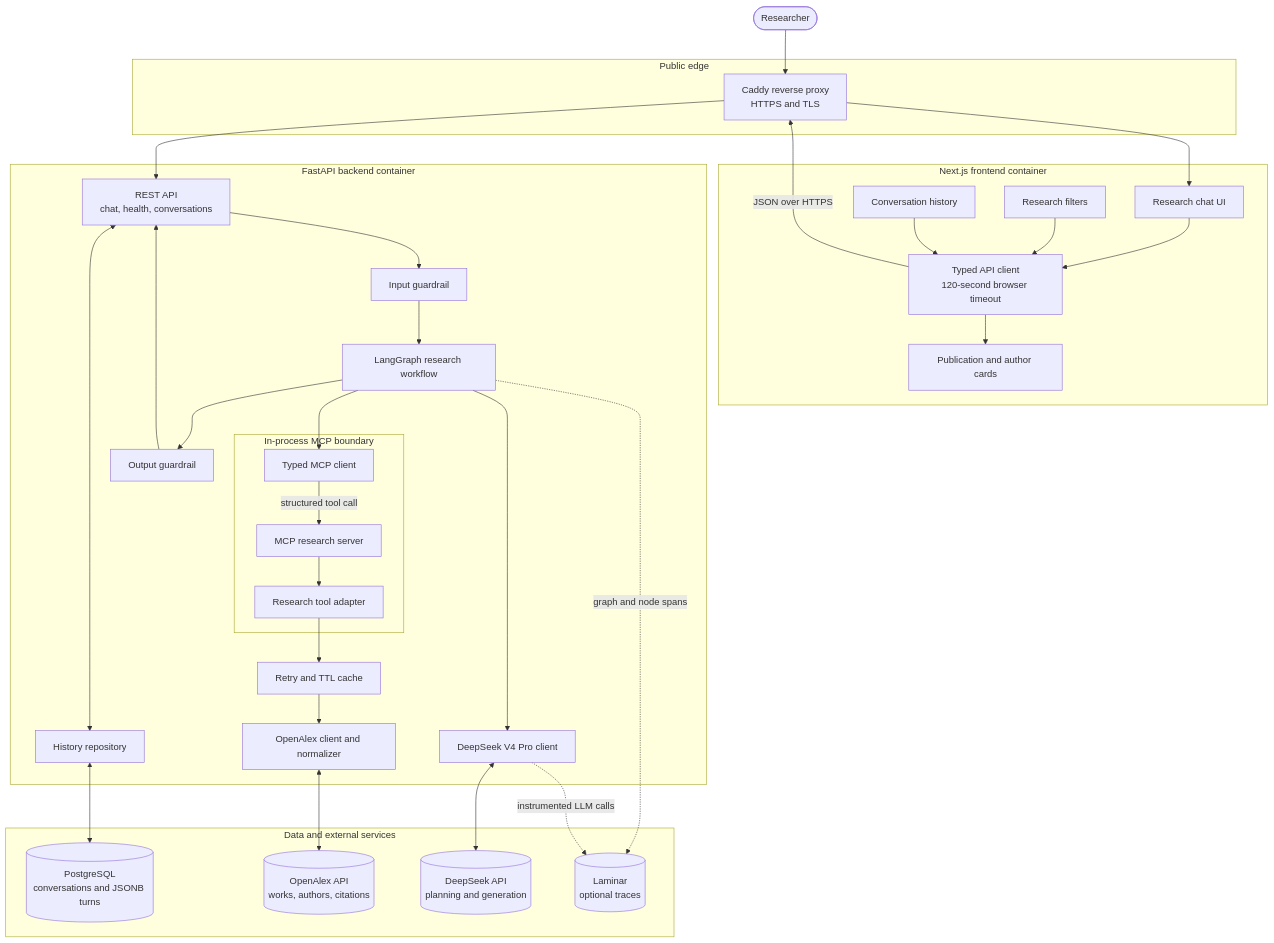
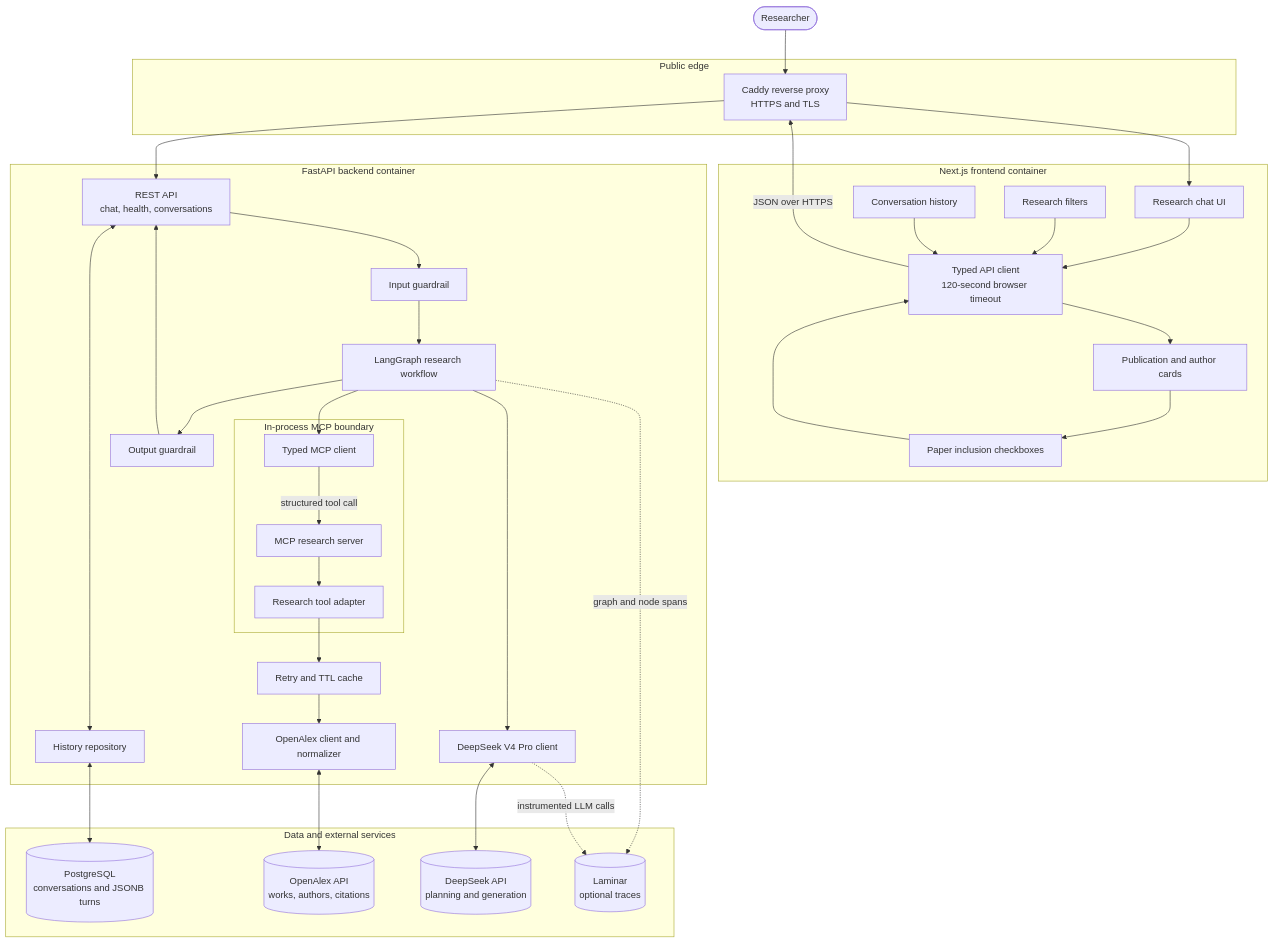
Before and after one commit to Yarroudh/Literae: the first of 4 diagrams in docs/architecture.md, drawn with Mermaid. The commit also changed other lines of this file and 10 other files, not shown here.

Commit message:
Add persistent paper selection for follow-up research

````diff
--- a/docs/architecture.md
+++ b/docs/architecture.md
@@ -7,63 +7,65 @@
 ```mermaid
 flowchart TB
     User([Researcher])
 
     subgraph Public[Public edge]
         Caddy[Caddy reverse proxy<br/>HTTPS and TLS]
     end
 
     subgraph Frontend[Next.js frontend container]
         UI[Research chat UI]
         Filters[Research filters]
         Cards[Publication and author cards]
+        Selection[Paper inclusion checkboxes]
         HistoryUI[Conversation history]
         ApiClient[Typed API client<br/>120-second browser timeout]
         UI --> ApiClient
         Filters --> ApiClient
         ApiClient --> Cards
+        Cards --> Selection --> ApiClient
         HistoryUI --> ApiClient
     end
 
     subgraph Backend[FastAPI backend container]
         Routes[REST API<br/>chat, health, conversations]
         InputGuard[Input guardrail]
         Workflow[LangGraph research workflow]
         OutputGuard[Output guardrail]
         HistoryRepo[History repository]
         DeepSeek[DeepSeek V4 Pro client]
 
         subgraph ResearchBoundary[In-process MCP boundary]
             MCPClient[Typed MCP client]
             MCPServer[MCP research server]
             Tools[Research tool adapter]
             MCPClient -->|structured tool call| MCPServer
             MCPServer --> Tools
         end
 
         Resilience[Retry and TTL cache]
         OpenAlexClient[OpenAlex client and normalizer]
 
         Routes --> InputGuard --> Workflow
         Workflow --> DeepSeek
         Workflow --> MCPClient
         Tools --> Resilience --> OpenAlexClient
         Workflow --> OutputGuard --> Routes
         Routes <--> HistoryRepo
     end
 
     subgraph Data[Data and external services]
         PostgreSQL[(PostgreSQL<br/>conversations and JSONB turns)]
         OpenAlex[(OpenAlex API<br/>works, authors, citations)]
         DeepSeekAPI[(DeepSeek API<br/>planning and generation)]
         Laminar[(Laminar<br/>optional traces)]
     end
 
     User --> Caddy --> UI
     ApiClient -->|JSON over HTTPS| Caddy
     Caddy --> Routes
     HistoryRepo <--> PostgreSQL
     OpenAlexClient <--> OpenAlex
     DeepSeek <--> DeepSeekAPI
     Workflow -. graph and node spans .-> Laminar
     DeepSeek -. instrumented LLM calls .-> Laminar
 ```
````
